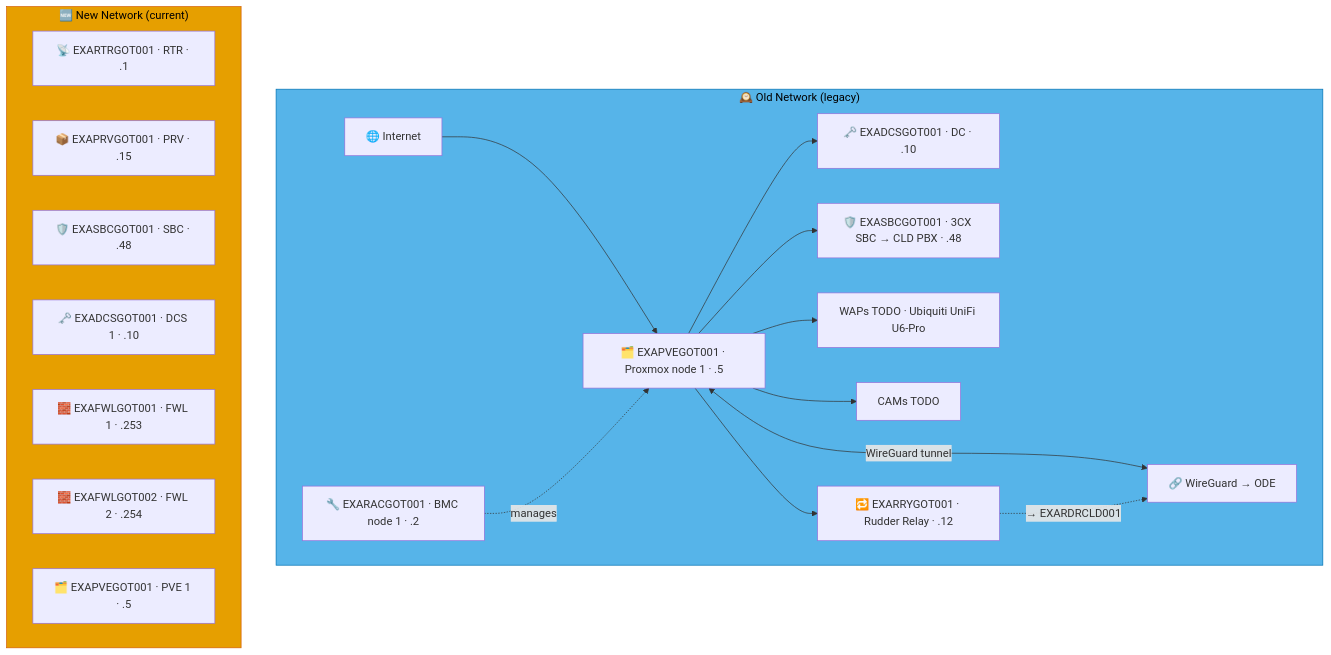
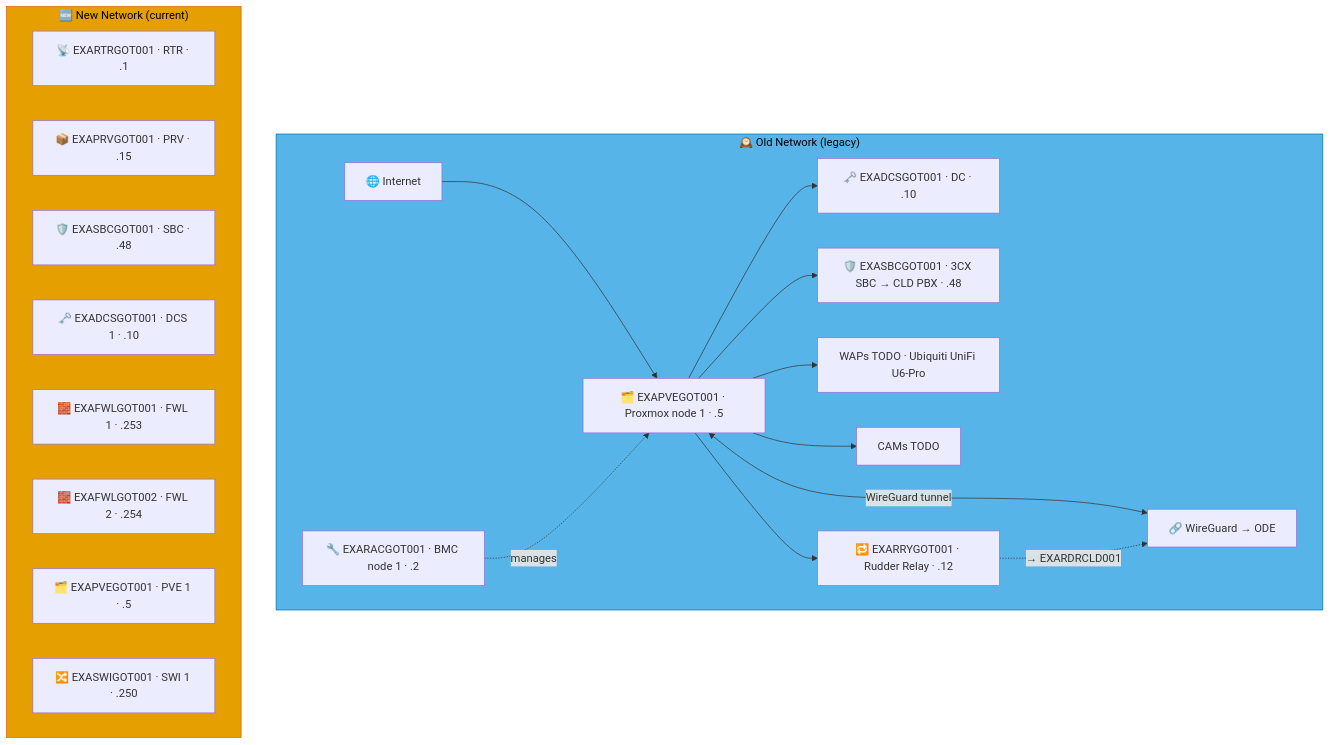
Before and after one commit to knightmare2600/example_music_infra: the diagram in docs/network-diagram/sverige.md, drawn with Mermaid. The commit also changed 12 other files, not shown here.

````diff
--- a/docs/network-diagram/sverige.md
+++ b/docs/network-diagram/sverige.md
@@ -16,35 +16,36 @@
 ```mermaid
 graph TD
     subgraph OLD_GOT ["🕰️ Old Network (legacy)"]
       INET["🌐 Internet"]
       RAC["🔧 EXARACGOT001 · BMC node 1 · .2"]
       PVE["🗂️ EXAPVEGOT001 · Proxmox node 1 · .5"]
       DC["🗝️ EXADCSGOT001 · DC · .10"]
       SBC["🛡️ EXASBCGOT001 · 3CX SBC → CLD PBX · .48"]
       RRY["🔁 EXARRYGOT001 · Rudder Relay · .12"]
       WAP["WAPs TODO · Ubiquiti UniFi U6-Pro"]
       CAM["CAMs TODO"]
       VPN["🔗 WireGuard → ODE"]
 
       INET --> PVE --> DC & SBC
       RAC -.->|"manages"| PVE
       PVE --> WAP & CAM
       PVE <-->|"WireGuard tunnel"| VPN
 
       PVE --> RRY
       RRY -. "→ EXARDRCLD001" .-> VPN
     end
     style OLD_GOT fill:#56B4E9,stroke:#0072B2,color:#000000
     %% GENERATED:NEW-NETWORK:GOT:START
     subgraph NEW_GOT ["🆕 New Network (current)"]
       N_RTR["📡 EXARTRGOT001 · RTR · .1"]
       N_PRV["📦 EXAPRVGOT001 · PRV · .15"]
       N_SBC["🛡️ EXASBCGOT001 · SBC · .48"]
       N_DCS["🗝️ EXADCSGOT001 · DCS 1 · .10"]
       N_FWL["🧱 EXAFWLGOT001 · FWL 1 · .253"]
       N_FWL2["🧱 EXAFWLGOT002 · FWL 2 · .254"]
       N_PVE["🗂️ EXAPVEGOT001 · PVE 1 · .5"]
+      N_SWI["🔀 EXASWIGOT001 · SWI 1 · .250"]
     end
     style NEW_GOT fill:#E69F00,stroke:#D55E00,color:#000000
     %% GENERATED:NEW-NETWORK:GOT:END
 ```
````
